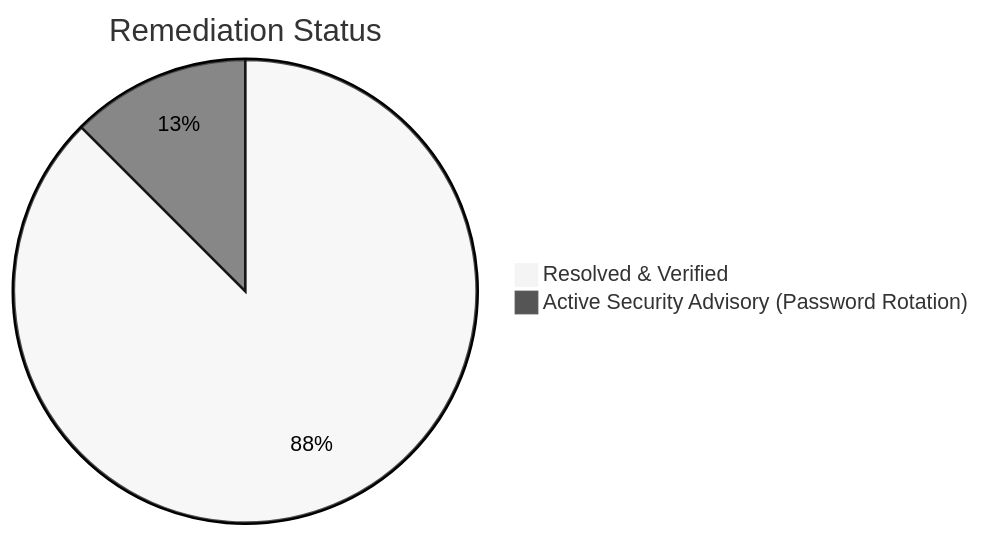
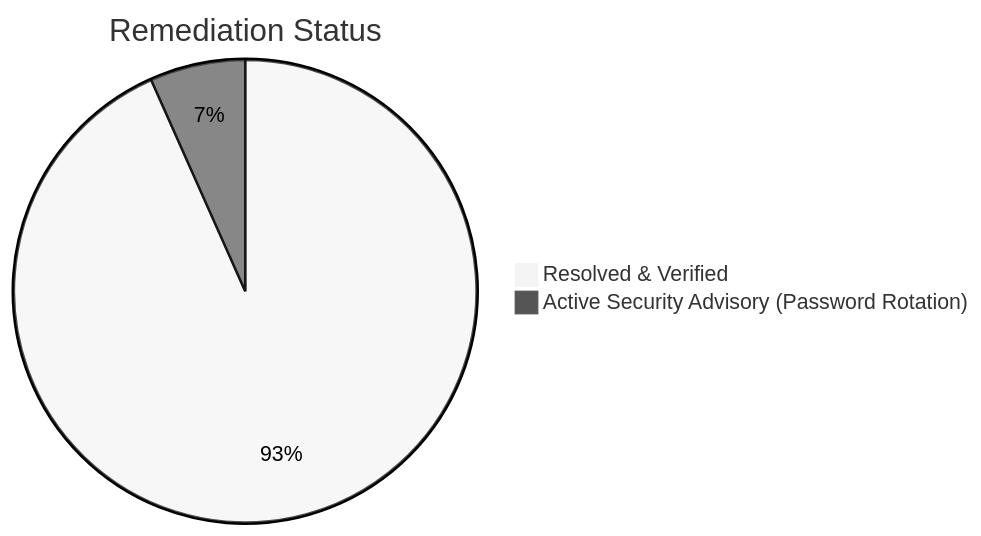
One commit to amitbora007/subwords-game changed the diagram in docs/BUGS.md. Above: the diagram before and after it, drawn with Mermaid (neutral theme). The commit also changed other lines of this file and 19 other files, not shown here.

````diff
--- a/docs/BUGS.md
+++ b/docs/BUGS.md
@@ -18,5 +18,5 @@
 ```mermaid
 pie title Remediation Status
-    "Resolved & Verified" : 7
+    "Resolved & Verified" : 14
     "Active Security Advisory (Password Rotation)" : 1
 ```
````
